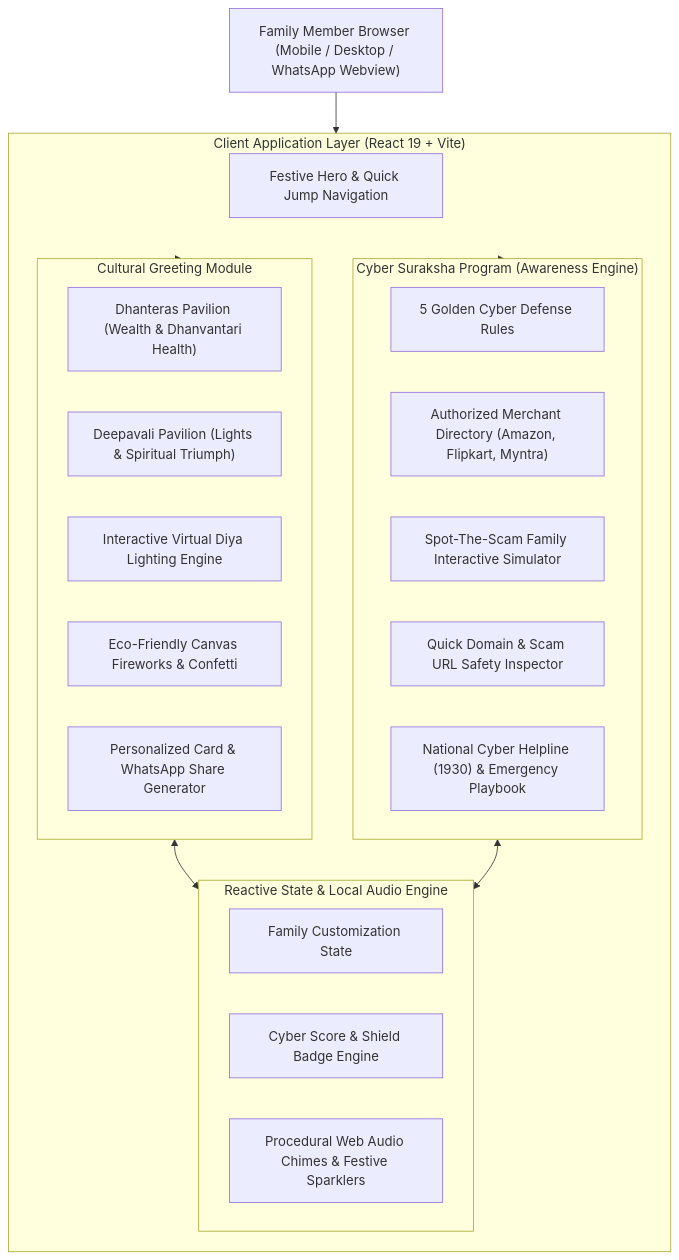
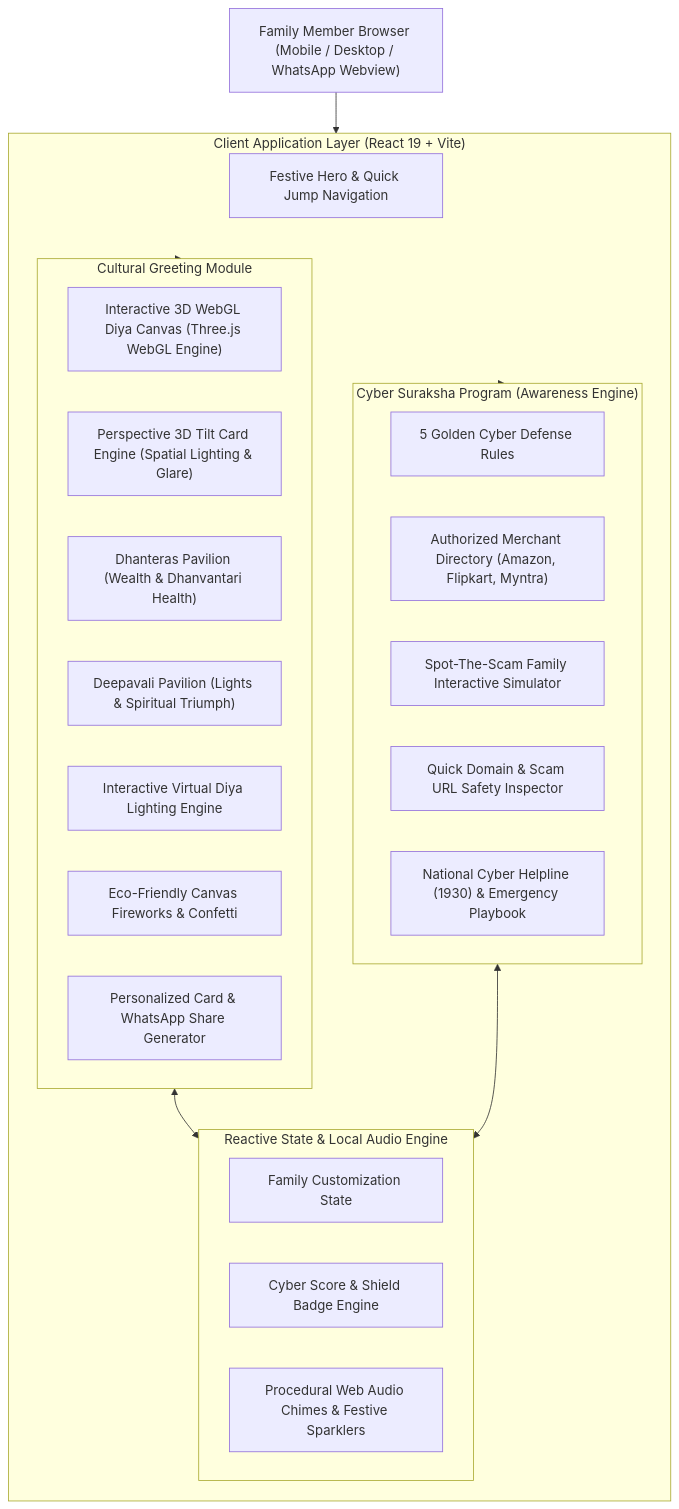
Before and after one commit to omsg5368/diwali-cyber-suraksha: the diagram in ARCHITECHTURE.md, drawn with Mermaid. The commit also changed 3 other files, not shown here.

Commit message:
docs: Document Three.js 3D WebGL engine and 3D card tilt architecture

````diff
--- a/ARCHITECHTURE.md
+++ b/ARCHITECHTURE.md
@@ -6,36 +6,38 @@
 ```mermaid
 flowchart TD
     UserBrowser["Family Member Browser (Mobile / Desktop / WhatsApp Webview)"]
 
     subgraph ClientApp ["Client Application Layer (React 19 + Vite)"]
         Hero["Festive Hero & Quick Jump Navigation"]
         
         subgraph GreetingsEngine ["Cultural Greeting Module"]
+            Festive3D["Interactive 3D WebGL Diya Canvas (Three.js WebGL Engine)"]
+            TiltCards["Perspective 3D Tilt Card Engine (Spatial Lighting & Glare)"]
             DhanterasPavilion["Dhanteras Pavilion (Wealth & Dhanvantari Health)"]
             DiwaliPavilion["Deepavali Pavilion (Lights & Spiritual Triumph)"]
             InteractiveDiya["Interactive Virtual Diya Lighting Engine"]
             FireworksCanvas["Eco-Friendly Canvas Fireworks & Confetti"]
             CardStudio["Personalized Card & WhatsApp Share Generator"]
         end
 
         subgraph CyberShield ["Cyber Suraksha Program (Awareness Engine)"]
             CoreRules["5 Golden Cyber Defense Rules"]
             AuthorizedVault["Authorized Merchant Directory (Amazon, Flipkart, Myntra)"]
             ScamDetector["Spot-The-Scam Family Interactive Simulator"]
             UrlValidator["Quick Domain & Scam URL Safety Inspector"]
             EmergencyDesk["National Cyber Helpline (1930) & Emergency Playbook"]
         end
 
         subgraph StateSystem ["Reactive State & Local Audio Engine"]
             GreetingState["Family Customization State"]
             QuizState["Cyber Score & Shield Badge Engine"]
             AudioFX["Procedural Web Audio Chimes & Festive Sparklers"]
         end
     end
 
     UserBrowser --> ClientApp
     ClientApp --> GreetingsEngine
     ClientApp --> CyberShield
     GreetingsEngine <--> StateSystem
     CyberShield <--> StateSystem
 ```
````
